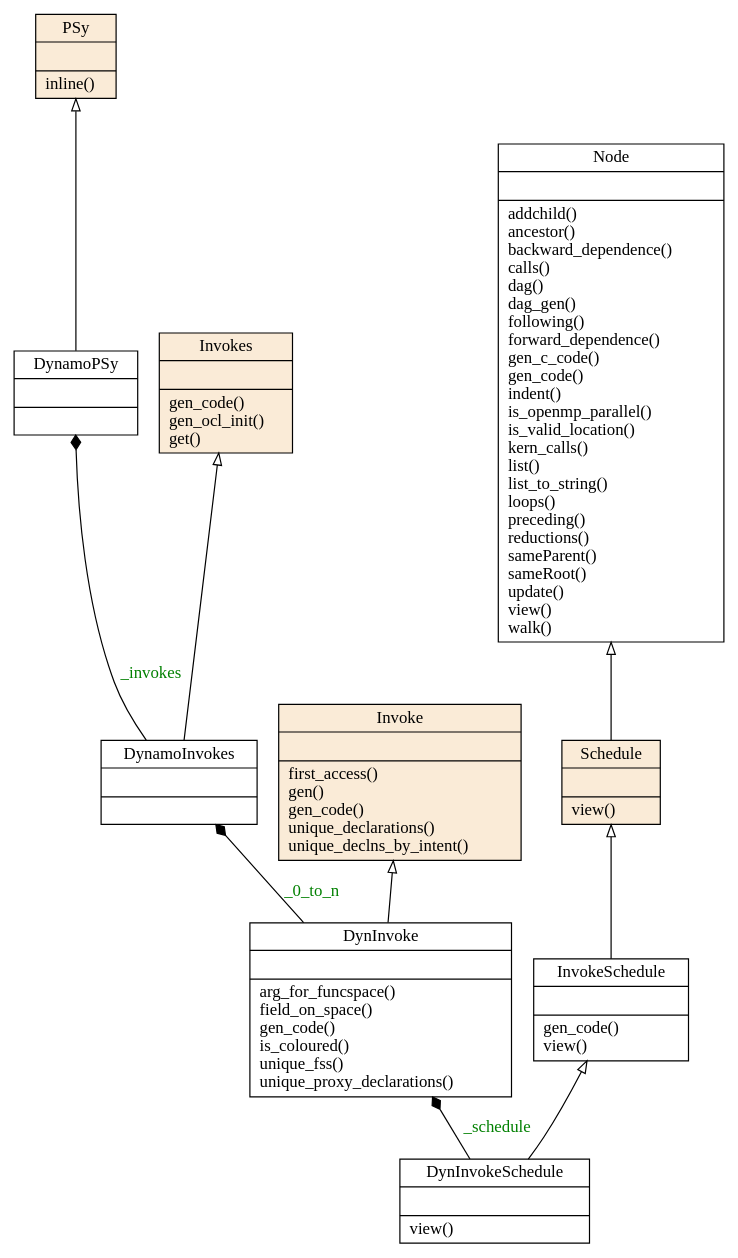
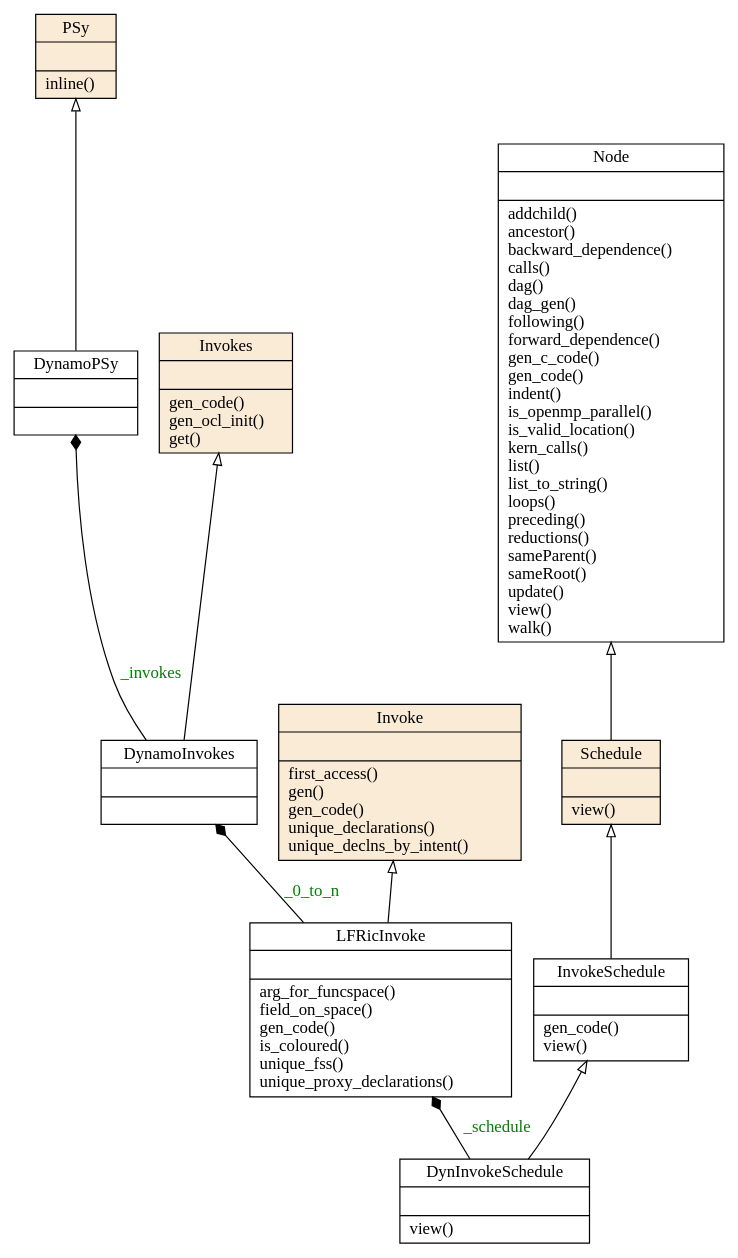
The diagram in doc/user_guide/dynamo0p3_topclasses.dot (stfc/PSyclone), drawn with Graphviz before and after one commit. The commit also changed 3 other files, not shown here.

```diff
--- a/doc/user_guide/dynamo0p3_topclasses.dot
+++ b/doc/user_guide/dynamo0p3_topclasses.dot
@@ -1,26 +1,26 @@
 digraph "classes_dynamo0p3" {
 charset="utf-8"
 rankdir=BT
 
-"20" [label="{DynInvoke|\l|arg_for_funcspace()\lfield_on_space()\lgen_code()\lis_coloured()\lunique_fss()\lunique_proxy_declarations()\l}", shape="record"];
+"20" [label="{LFRicInvoke|\l|arg_for_funcspace()\lfield_on_space()\lgen_code()\lis_coloured()\lunique_fss()\lunique_proxy_declarations()\l}", shape="record"];
 "21" [label="{DynInvokeSchedule|\l|view()\l}", shape="record"];
 "35" [label="{DynamoInvokes|\l|}", shape="record"];
 "36" [label="{DynamoPSy|\l|}", shape="record"];
 "45" [label="{Invoke|\l|first_access()\lgen()\lgen_code()\lunique_declarations()\lunique_declns_by_intent()\l}", shape="record", style=filled, fillcolor="antiquewhite"];
 "46" [label="{InvokeSchedule|\l|gen_code()\lview()\l}", shape="record"];
 "47" [label="{Invokes|\l|gen_code()\lgen_ocl_init()\lget()\l}", shape="record", style=filled, fillcolor="antiquewhite"];
 "54" [label="{Node|\l|addchild()\lancestor()\lbackward_dependence()\lcalls()\ldag()\ldag_gen()\lfollowing()\lforward_dependence()\lgen_c_code()\lgen_code()\lindent()\lis_openmp_parallel()\lis_valid_location()\lkern_calls()\llist()\llist_to_string()\lloops()\lpreceding()\lreductions()\lsameParent()\lsameRoot()\lupdate()\lview()\lwalk()\l}", shape="record"];
 "55" [label="{PSy|\l|inline()\l}", shape="record", style=filled, fillcolor="antiquewhite"];
 "56" [label="{Schedule|\l|view()\l}", shape="record", style=filled, fillcolor="antiquewhite"];
 
 "20" -> "45" [arrowhead="empty", arrowtail="none"];
 "20" -> "35" [arrowhead="diamond", arrowtail="none", fontcolor="green", label="_0_to_n", style="solid"];
 "21" -> "46" [arrowhead="empty", arrowtail="none"];
 "21" -> "20" [arrowhead="diamond", arrowtail="none", fontcolor="green", label="_schedule", style="solid"];
 "35" -> "47" [arrowhead="empty", arrowtail="none"];
 "35" -> "36" [arrowhead="diamond", arrowtail="none", fontcolor="green", label="_invokes", style="solid"];
 "36" -> "55" [arrowhead="empty", arrowtail="none"];
 "46" -> "56" [arrowhead="empty", arrowtail="none"];
 "56" -> "54" [arrowhead="empty", arrowtail="none"];
 
 }
```
